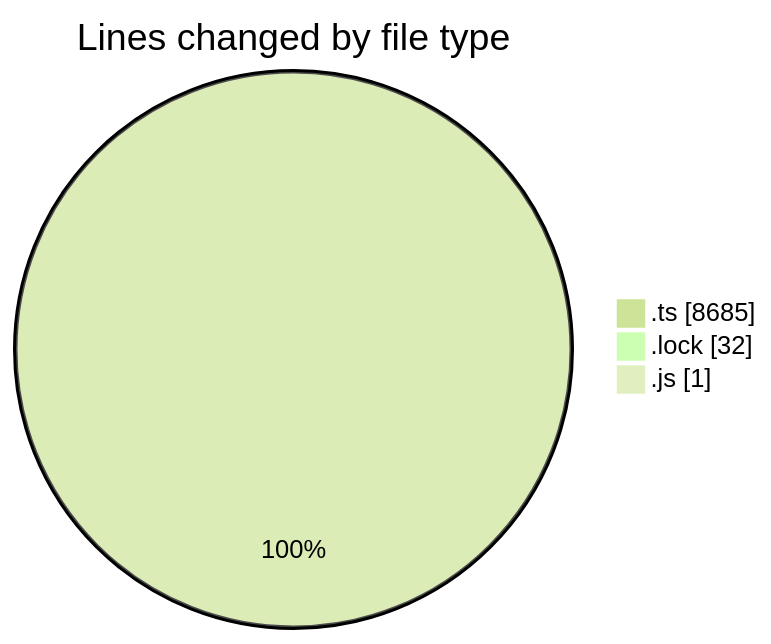
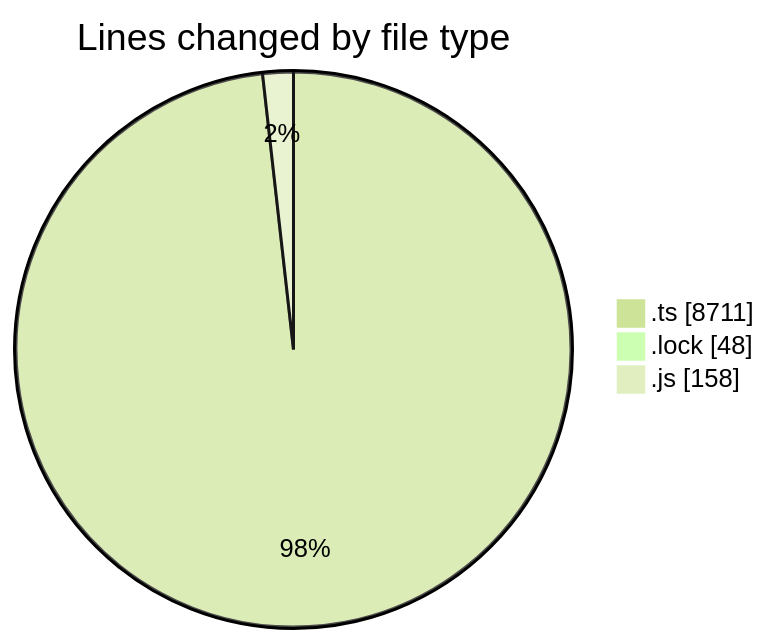
Before and after one commit to momahboobian/code-tracking: the first of 2 diagrams in 2025-05-30/cda/README.md, drawn with Mermaid (forest theme). The commit also changed other lines of this file and 1 other file, not shown here.

````diff
--- a/2025-05-30/cda/README.md
+++ b/2025-05-30/cda/README.md
@@ -25,7 +26,7 @@
 ```mermaid
 pie showData
 title Lines changed by file type
-".ts" : 8685
-".lock" : 32
-".js" : 1
+".ts" : 8711
+".lock" : 48
+".js" : 158
 ```
````
